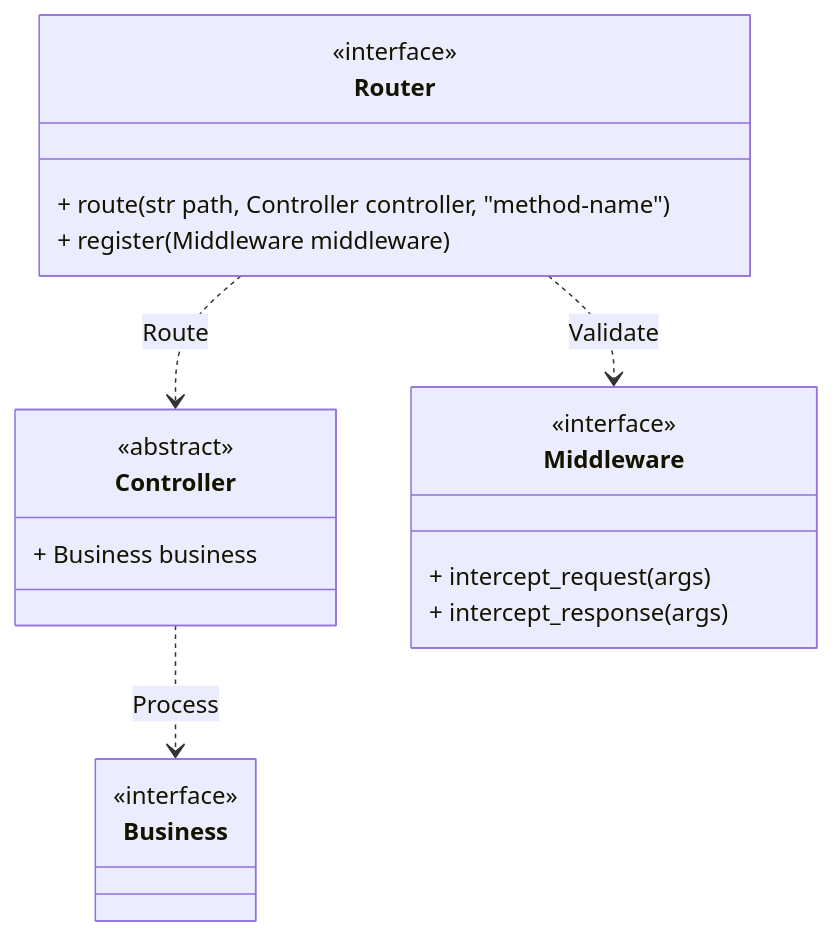
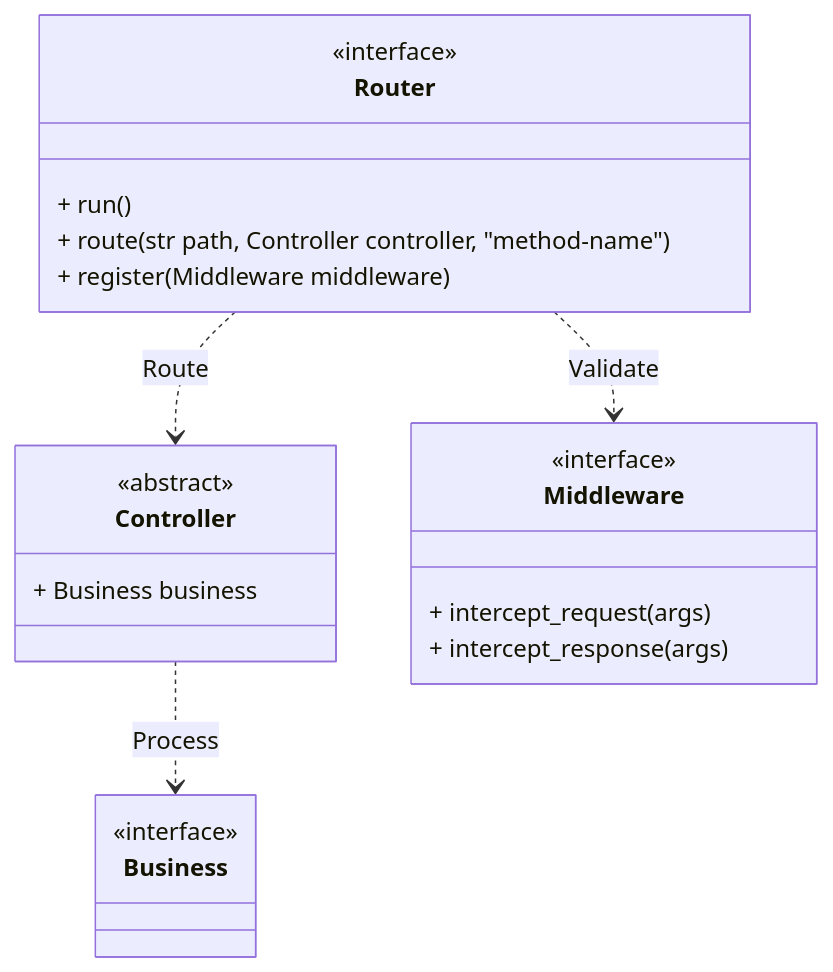
One commit to YeongRoYun/ku-database changed the first of 2 diagrams in doc/module.md. Above: the diagram before and after it, drawn with Mermaid. The commit also changed other lines of this file and 13 other files, not shown here.

````diff
--- a/doc/module.md
+++ b/doc/module.md
@@ -2,23 +2,24 @@
 ```mermaid
 classDiagram
     class Router {
         <<interface>>
+        + run()
         + route(str path, Controller controller, "method-name")
         + register(Middleware middleware)
     }
     class Controller {
         <<abstract>>
         + Business business
     }
     class Middleware {
         <<interface>>
         + intercept_request(args)
         + intercept_response(args)
     }
     class Business {
         <<interface>>
     }
     Router ..> Controller: Route
     Router ..> Middleware: Validate
     Controller ..> Business: Process
 ```
````
